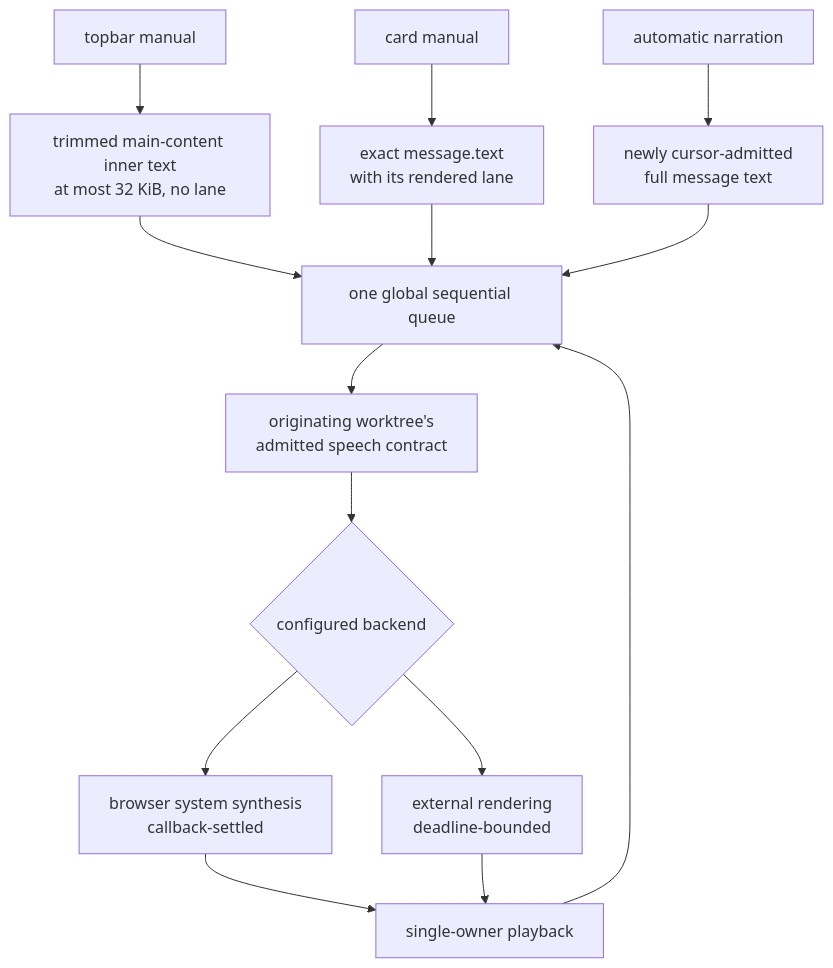
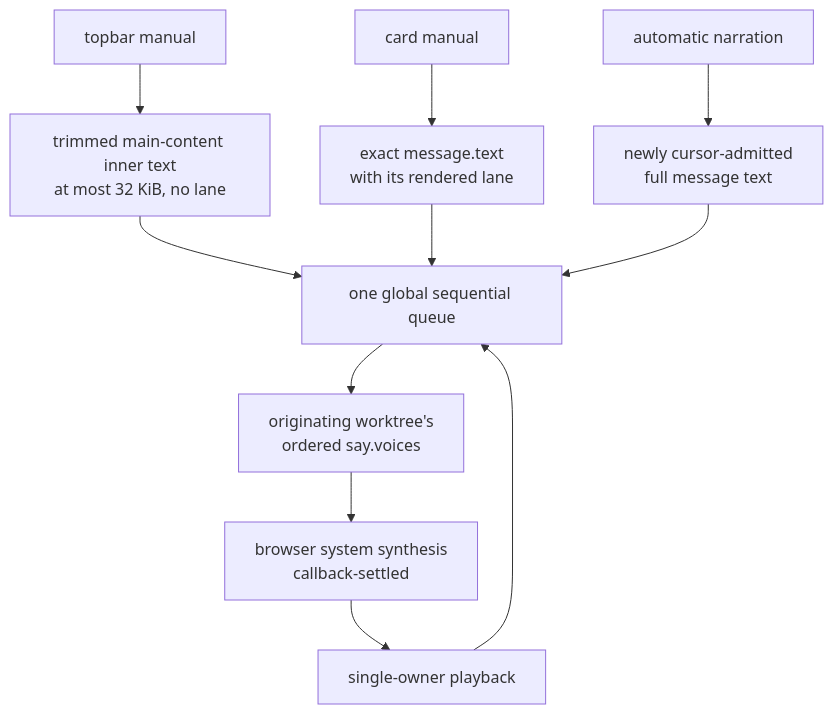
One commit to infimalabs/spice-rust changed diagram 12 of 13 in docs/product/interfaces.md. Above: the diagram before and after it, drawn with Mermaid. The commit also changed other lines of this file and 26 other files, not shown here.

First line of the commit message:
speech: browser synthesis only, with an ordered voice list per agent

````diff
--- a/docs/product/interfaces.md
+++ b/docs/product/interfaces.md
@@ -523,16 +523,13 @@
 ```mermaid
 flowchart TD
   T["topbar manual"] --> TC["trimmed main-content inner text<br/>at most 32 KiB, no lane"]
   C["card manual"] --> CM["exact message.text<br/>with its rendered lane"]
   N["automatic narration"] --> NM["newly cursor-admitted<br/>full message text"]
   TC --> Q["one global sequential queue"]
   CM --> Q
   NM --> Q
-  Q --> W["originating worktree's<br/>admitted speech contract"]
-  W --> B{"configured backend"}
-  B --> S["browser system synthesis<br/>callback-settled"]
-  B --> X["external rendering<br/>deadline-bounded"]
+  Q --> W["originating worktree's<br/>ordered say.voices"]
+  W --> S["browser system synthesis<br/>callback-settled"]
   S --> P["single-owner playback"]
-  X --> P
   P --> Q
 ```
````
